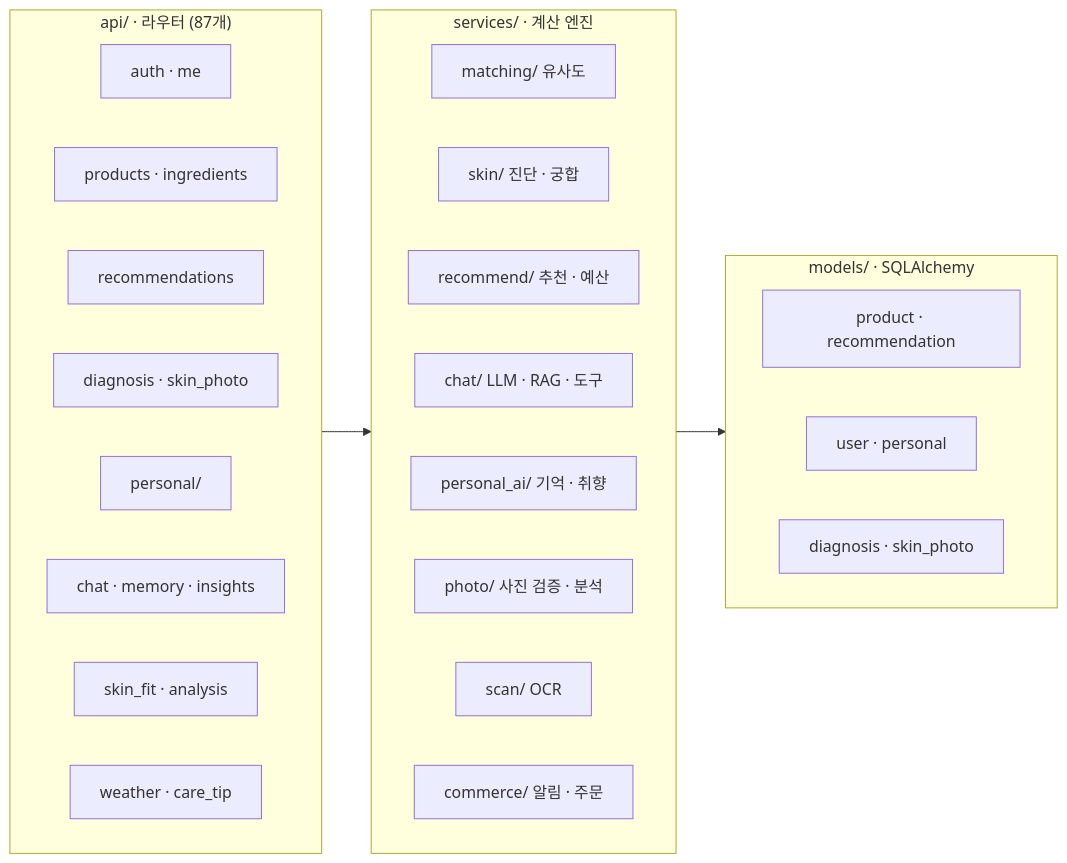
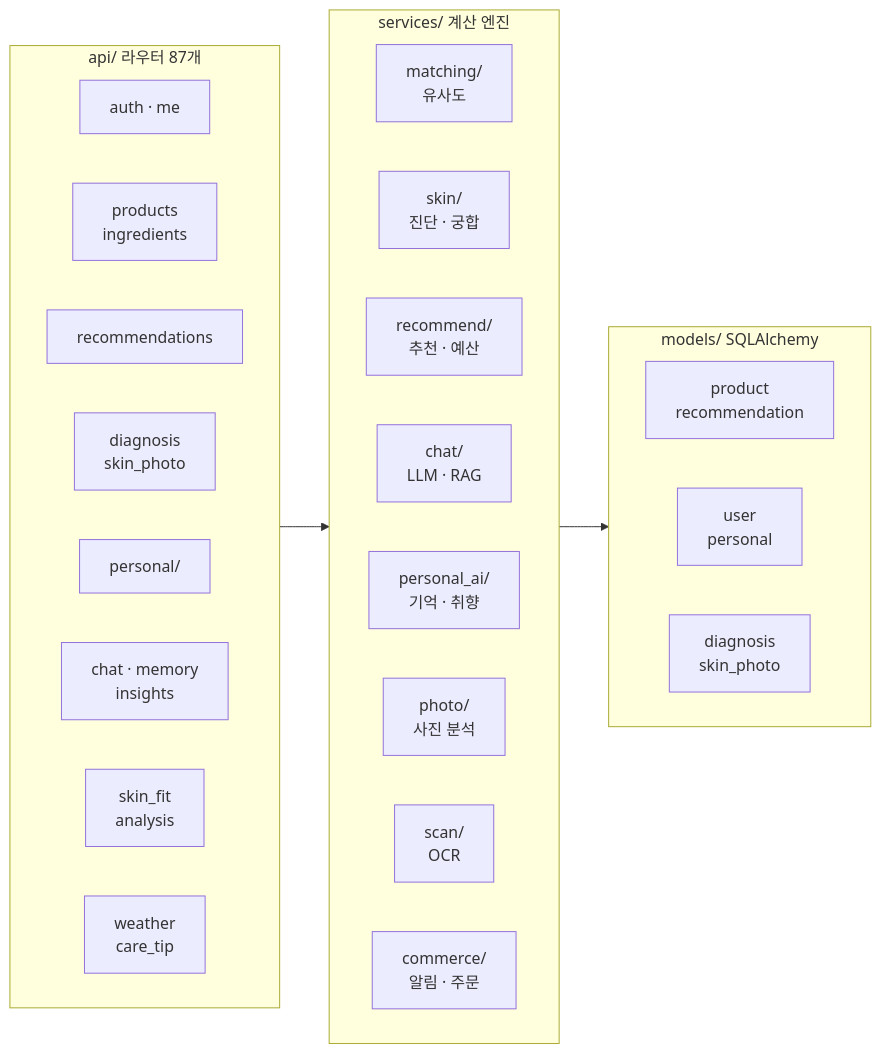
One commit to EunSeong-Jo/capstone changed the sixth of 9 diagrams in docs/architecture/diagrams.md. Above: the diagram before and after it, drawn with Mermaid. The commit also changed other lines of this file and 1 other file, not shown here.

````diff
--- a/docs/architecture/diagrams.md
+++ b/docs/architecture/diagrams.md
@@ -192,35 +196,35 @@
 ```mermaid
 flowchart LR
-    subgraph API["api/ · 라우터 (87개)"]
+    subgraph API["api/ 라우터 87개"]
         direction LR
         a1["auth · me"]
-        a2["products · ingredients"]
+        a2["products<br/>ingredients"]
         a3["recommendations"]
-        a4["diagnosis · skin_photo"]
+        a4["diagnosis<br/>skin_photo"]
         a5["personal/"]
-        a6["chat · memory · insights"]
-        a7["skin_fit · analysis"]
-        a8["weather · care_tip"]
+        a6["chat · memory<br/>insights"]
+        a7["skin_fit<br/>analysis"]
+        a8["weather<br/>care_tip"]
     end
 
-    subgraph SVC["services/ · 계산 엔진"]
+    subgraph SVC["services/ 계산 엔진"]
         direction LR
-        s1["matching/ 유사도"]
-        s2["skin/ 진단 · 궁합"]
-        s3["recommend/ 추천 · 예산"]
-        s4["chat/ LLM · RAG · 도구"]
-        s5["personal_ai/ 기억 · 취향"]
-        s6["photo/ 사진 검증 · 분석"]
-        s7["scan/ OCR"]
-        s8["commerce/ 알림 · 주문"]
+        s1["matching/<br/>유사도"]
+        s2["skin/<br/>진단 · 궁합"]
+        s3["recommend/<br/>추천 · 예산"]
+        s4["chat/<br/>LLM · RAG"]
+        s5["personal_ai/<br/>기억 · 취향"]
+        s6["photo/<br/>사진 분석"]
+        s7["scan/<br/>OCR"]
+        s8["commerce/<br/>알림 · 주문"]
     end
 
-    subgraph DATA["models/ · SQLAlchemy"]
+    subgraph DATA["models/ SQLAlchemy"]
         direction LR
-        m1["product · recommendation"]
-        m2["user · personal"]
-        m3["diagnosis · skin_photo"]
+        m1["product<br/>recommendation"]
+        m2["user<br/>personal"]
+        m3["diagnosis<br/>skin_photo"]
     end
 
     API --> SVC --> DATA
 ```
````
